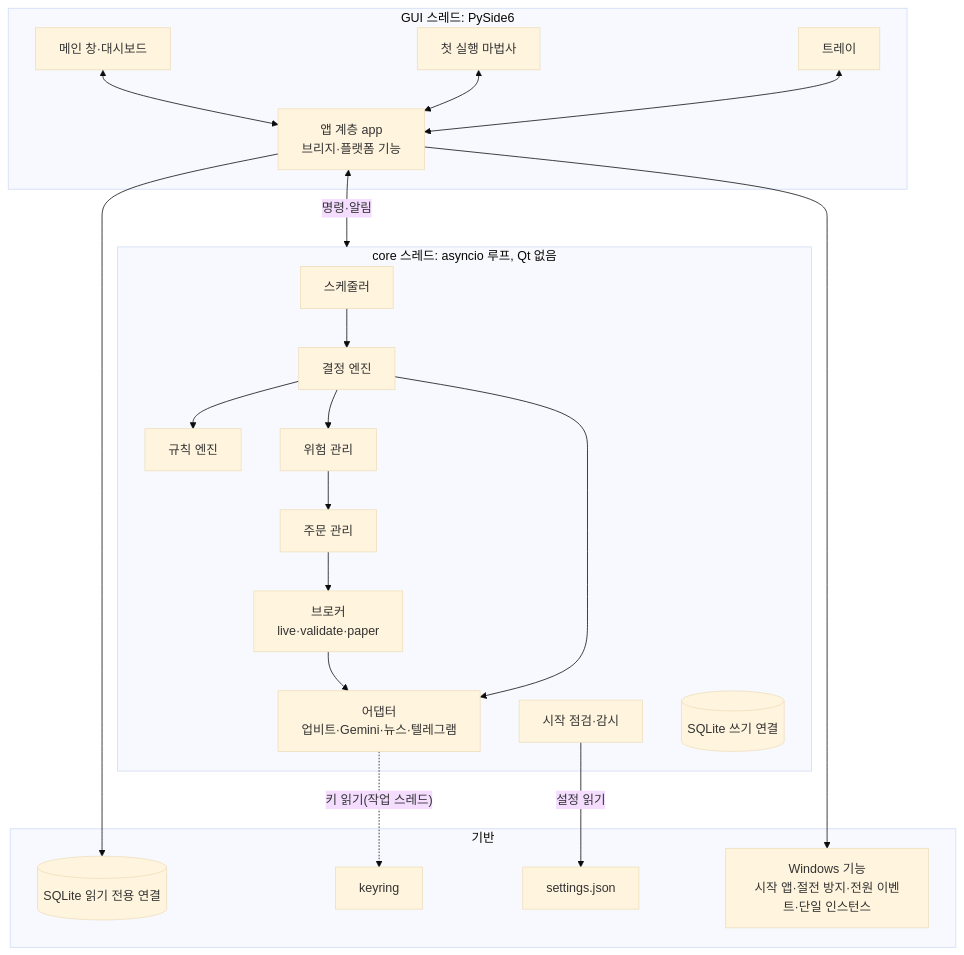
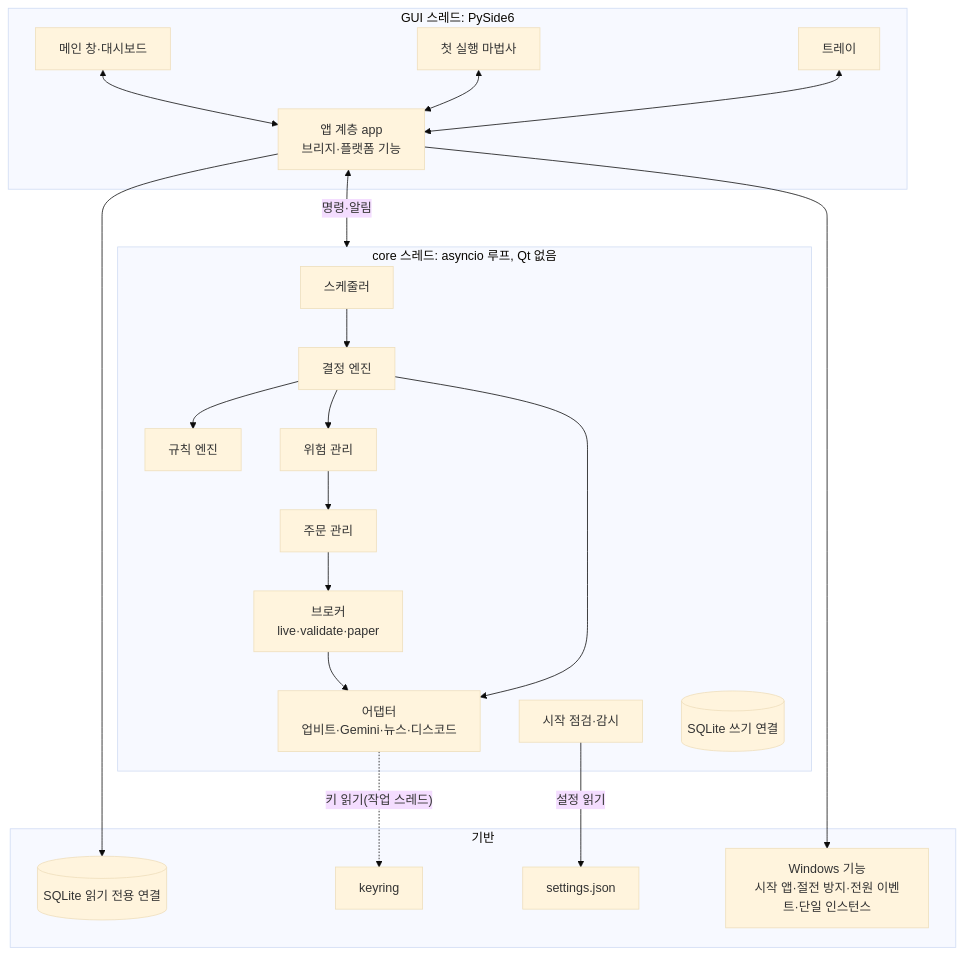
Before and after one commit to khy920723/upbit-autotrader: the second of 2 diagrams in docs/06-architecture/system-architecture.md, drawn with Mermaid (base theme). The commit also changed other lines of this file and 26 other files, not shown here.

````diff
--- a/docs/06-architecture/system-architecture.md
+++ b/docs/06-architecture/system-architecture.md
@@ -26,41 +26,41 @@
 ```mermaid
 flowchart TB
     subgraph GUI["GUI 스레드: PySide6"]
         MW[메인 창·대시보드]
         WZ[첫 실행 마법사]
         TR[트레이]
         BR["앱 계층 app<br/>브리지·플랫폼 기능"]
     end
     subgraph CORE["core 스레드: asyncio 루프, Qt 없음"]
         SCH[스케줄러]
         DEC[결정 엔진]
         RULE[규칙 엔진]
         RISK[위험 관리]
         OM[주문 관리]
         BRK["브로커<br/>live·validate·paper"]
         HC[시작 점검·감시]
-        ADP["어댑터<br/>업비트·Gemini·뉴스·텔레그램"]
+        ADP["어댑터<br/>업비트·Gemini·뉴스·디스코드"]
         DBW[(SQLite 쓰기 연결)]
     end
     subgraph INF["기반"]
         DBR[(SQLite 읽기 전용 연결)]
         SEC[keyring]
         CFG[settings.json]
         PLT["Windows 기능<br/>시작 앱·절전 방지·전원 이벤트·단일 인스턴스"]
     end
     MW <--> BR
     WZ <--> BR
     TR <--> BR
     BR <-- "명령·알림" --> CORE
     SCH --> DEC
     DEC --> RULE
     DEC --> RISK
     RISK --> OM
     OM --> BRK
     BRK --> ADP
     DEC --> ADP
     HC -- "설정 읽기" --> CFG
     ADP -. "키 읽기(작업 스레드)" .-> SEC
     BR --> DBR
     BR --> PLT
 ```
````
